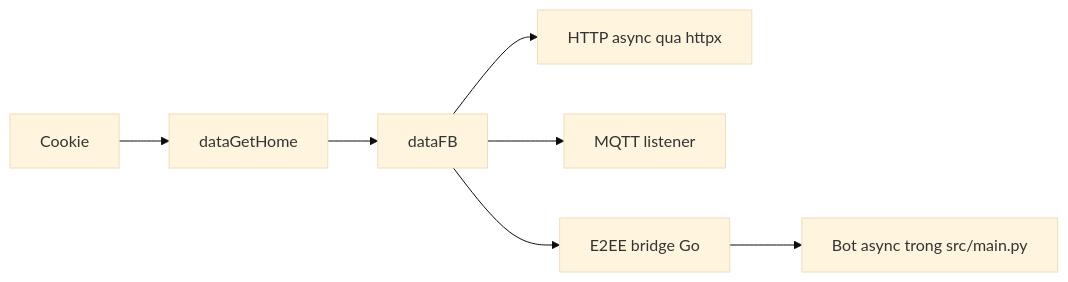
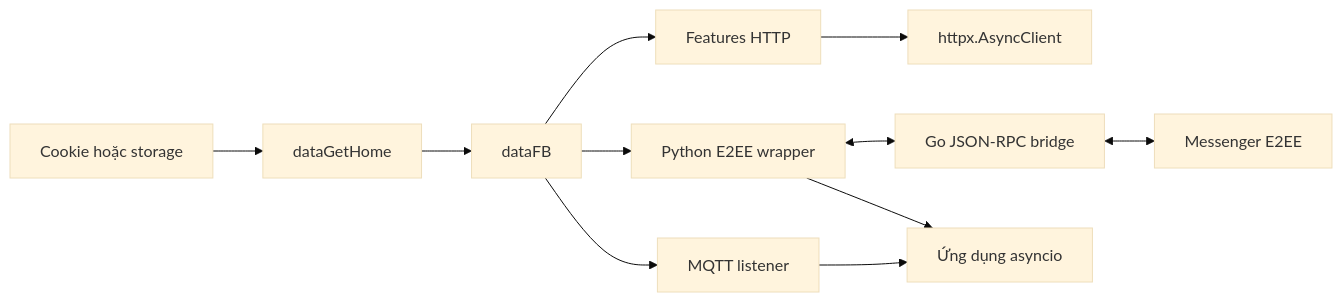
The diagram in README.md (m008v/fbchat-v2), drawn with Mermaid (base theme) before and after one commit. The commit also changed other lines of this file and 19 other files, not shown here.

````diff
--- a/README.md
+++ b/README.md
@@ -103,9 +104,13 @@
 ```mermaid
 flowchart LR
-    A[Cookie] --> B[dataGetHome]
+    A[Cookie hoặc storage] --> B[dataGetHome]
     B --> C[dataFB]
-    C --> D[HTTP async qua httpx]
-    C --> E[MQTT listener]
-    C --> F[E2EE bridge Go]
-    F --> G[Bot async trong src/main.py]
+    C --> D[Features HTTP]
+    D --> E[httpx.AsyncClient]
+    C --> F[MQTT listener]
+    C --> G[Python E2EE wrapper]
+    G <--> H[Go JSON-RPC bridge]
+    H <--> I[Messenger E2EE]
+    F --> J[Ứng dụng asyncio]
+    G --> J
 ```
````
